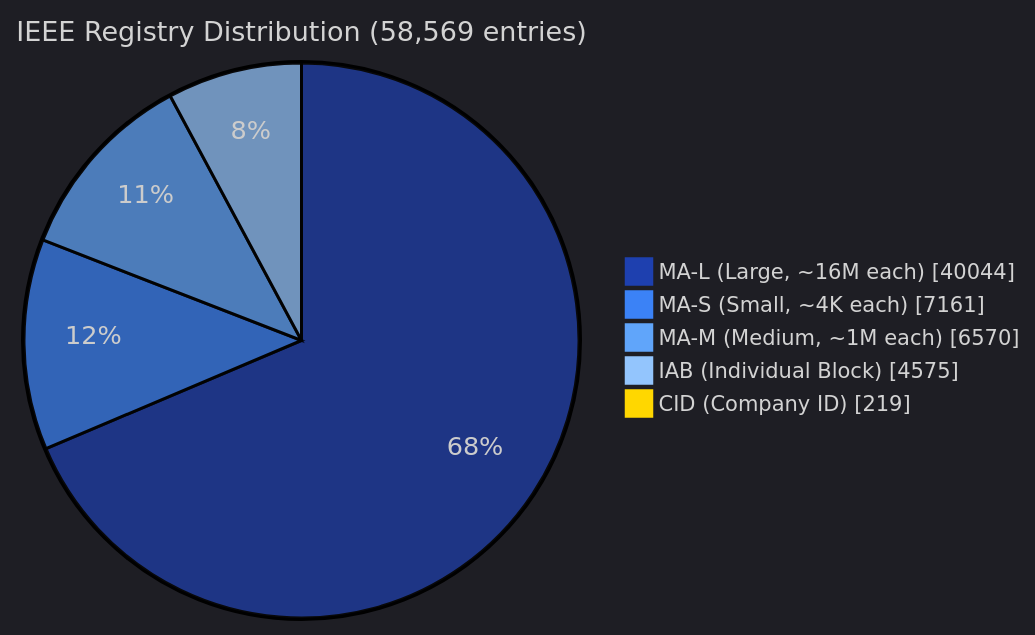
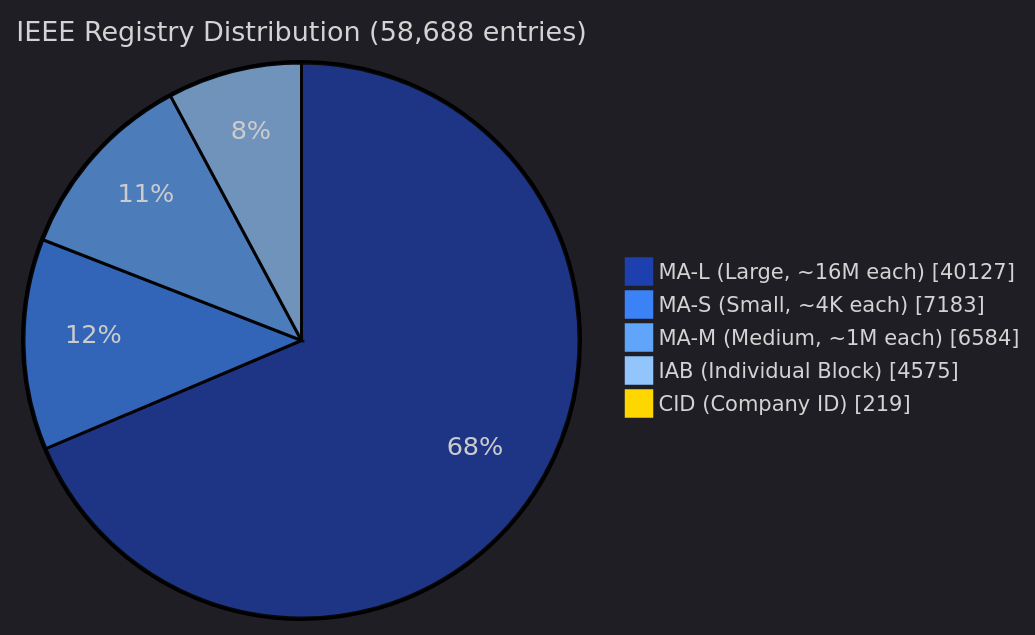
Before and after one commit to Ringmast4r/OUI-Master-Database: the third of 5 diagrams in README.md, drawn with Mermaid. The commit also changed other lines of this file and 14 other files, not shown here.

````diff
--- a/README.md
+++ b/README.md
@@ -129,10 +129,10 @@
 ```mermaid
 %%{init: {'theme':'dark', 'themeVariables': {'pie1':'#1E40AF','pie2':'#3B82F6','pie3':'#60A5FA','pie4':'#93C5FD','pie5':'#FFD700','pieTitleTextSize':'18px','pieLegendTextSize':'14px'}}}%%
 pie showData
-    title IEEE Registry Distribution (58,569 entries)
-    "MA-L (Large, ~16M each)" : 40044
-    "MA-S (Small, ~4K each)" : 7161
-    "MA-M (Medium, ~1M each)" : 6570
+    title IEEE Registry Distribution (58,688 entries)
+    "MA-L (Large, ~16M each)" : 40127
+    "MA-S (Small, ~4K each)" : 7183
+    "MA-M (Medium, ~1M each)" : 6584
     "IAB (Individual Block)" : 4575
     "CID (Company ID)" : 219
 ```
````
